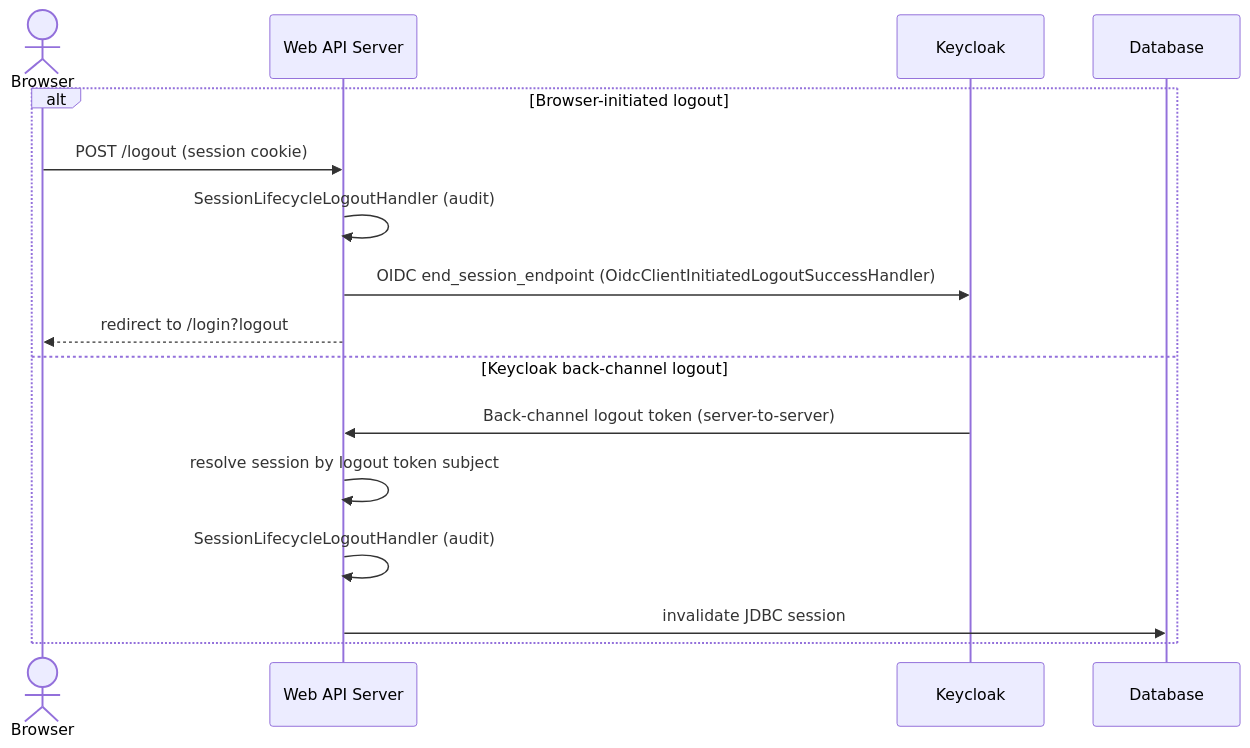
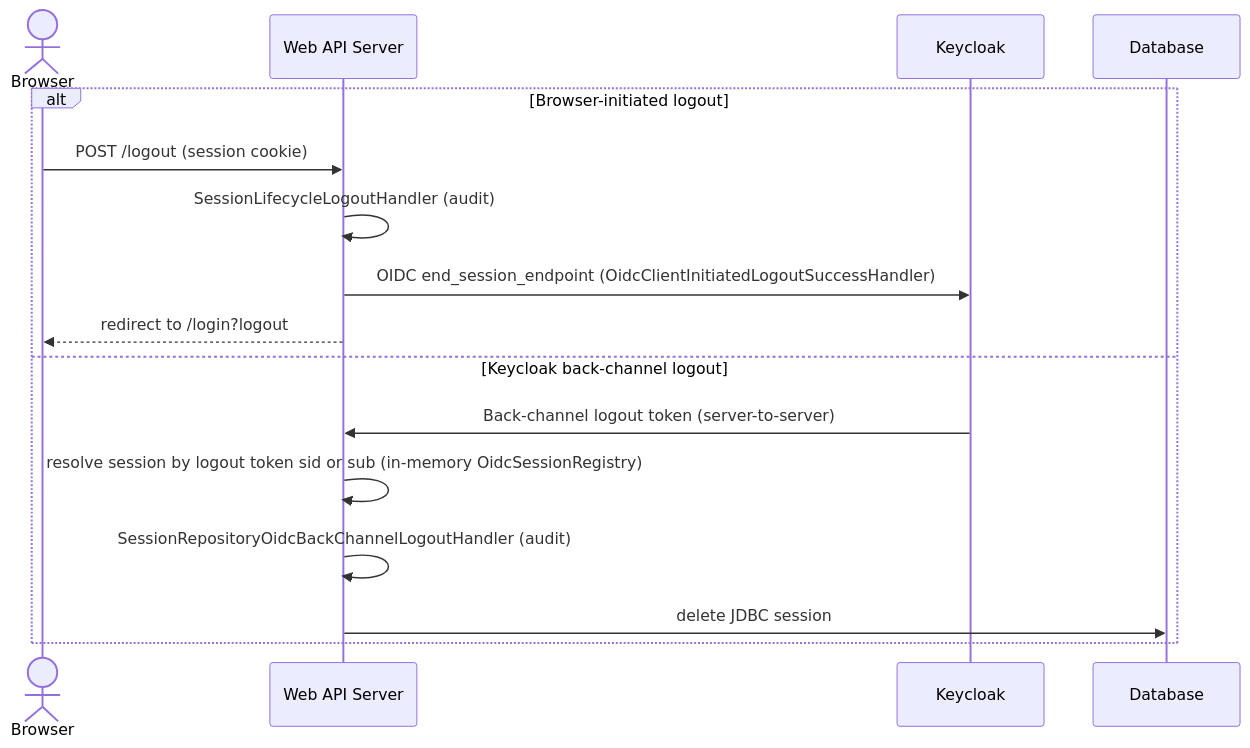
Before and after one commit to justin-tay/java-app-web-api-server-template: the third of 4 diagrams in docs/system-design/06-runtime-view.md, drawn with Mermaid. The commit also changed other lines of this file and 26 other files, not shown here.

````diff
--- a/docs/system-design/06-runtime-view.md
+++ b/docs/system-design/06-runtime-view.md
@@ -114,19 +114,19 @@
 ```mermaid
 sequenceDiagram
     actor Browser
     participant App as Web API Server
     participant KC as Keycloak
     participant DB as Database
 
     alt Browser-initiated logout
         Browser->>App: POST /logout (session cookie)
         App->>App: SessionLifecycleLogoutHandler (audit)
         App->>KC: OIDC end_session_endpoint (OidcClientInitiatedLogoutSuccessHandler)
         App-->>Browser: redirect to /login?logout
     else Keycloak back-channel logout
         KC->>App: Back-channel logout token (server-to-server)
-        App->>App: resolve session by logout token subject
-        App->>App: SessionLifecycleLogoutHandler (audit)
-        App->>DB: invalidate JDBC session
+        App->>App: resolve session by logout token sid or sub (in-memory OidcSessionRegistry)
+        App->>App: SessionRepositoryOidcBackChannelLogoutHandler (audit)
+        App->>DB: delete JDBC session
     end
 ```
````
